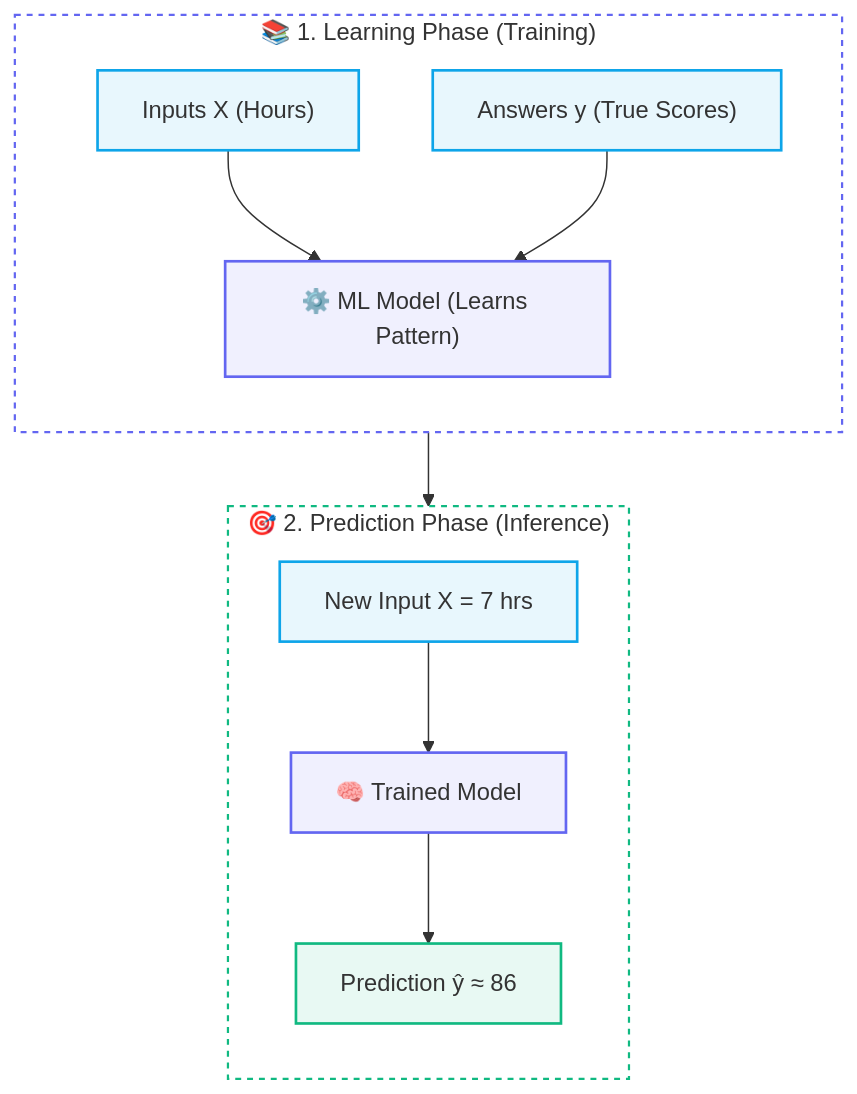
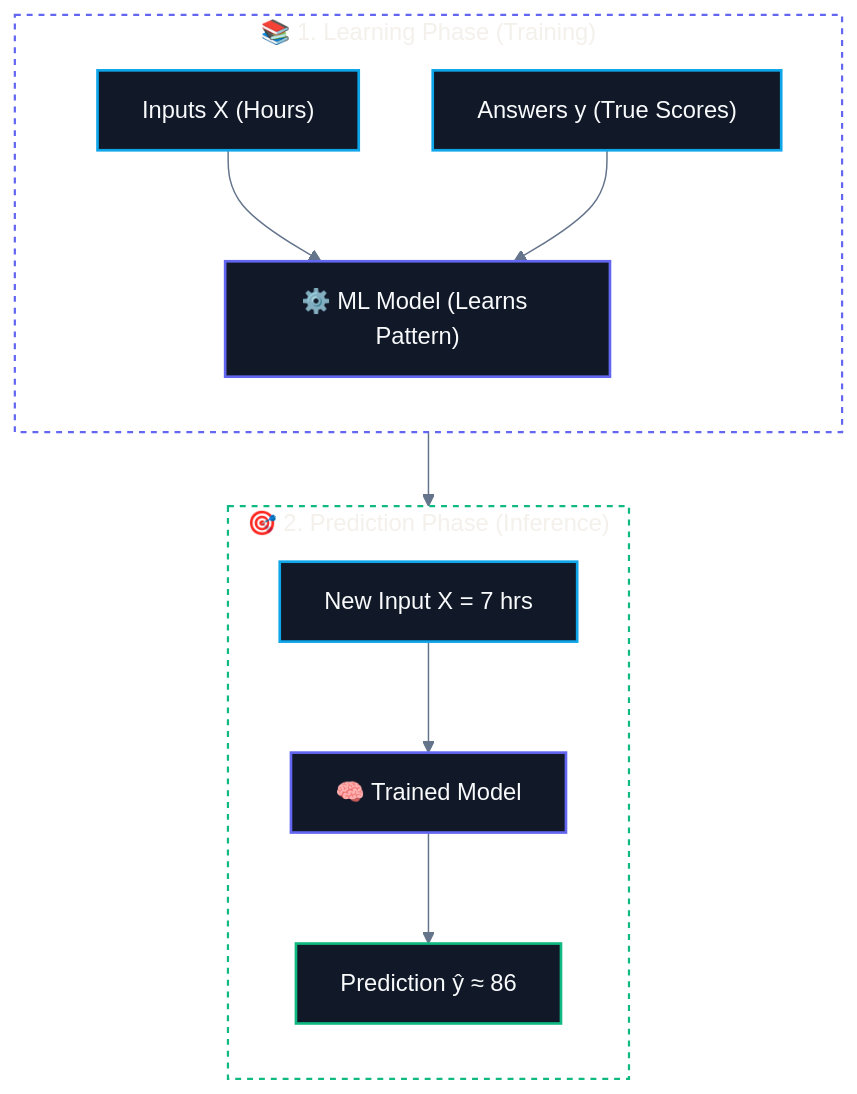
One commit to abhinavbharti2345/CS_Notes changed the first of 3 diagrams in CS/AI & ML/01. Classical ML/01. Introduction to Machine Learning.md. Above: the diagram before and after it, drawn with Mermaid. The commit also changed other lines of this file and 195 other files, not shown here.

````diff
--- a/CS/AI & ML/01. Classical ML/01. Introduction to Machine Learning.md
+++ b/CS/AI & ML/01. Classical ML/01. Introduction to Machine Learning.md
@@ -50,27 +50,28 @@
 ```mermaid
+%%{init: {'theme': 'base', 'themeVariables': { 'darkMode': true, 'background': '#0B0F14', 'mainBkg': '#111827', 'primaryColor': '#111827', 'primaryTextColor': '#F8FAFC', 'primaryBorderColor': '#38BDF8', 'lineColor': '#64748B', 'secondaryColor': '#0B0F14', 'tertiaryColor': '#0B0F14', 'clusterBkg': '#0B0F14', 'clusterBorder': '#38BDF8' }}}%%
 flowchart TD
     subgraph LearningPhase["📚 1. Learning Phase (Training)"]
         direction TD
         X["Inputs X (Hours)"] --> Model["⚙️ ML Model (Learns Pattern)"]
         Y["Answers y (True Scores)"] --> Model
     end
 
     subgraph PredictionPhase["🎯 2. Prediction Phase (Inference)"]
         direction TD
         XNew["New Input X = 7 hrs"] --> ModelTrained["🧠 Trained Model"]
         ModelTrained --> YHat["Prediction ŷ ≈ 86"]
     end
 
     LearningPhase --> PredictionPhase
 
     style LearningPhase fill:none,stroke:#6366f1,stroke-width:1.5px,stroke-dasharray:4 4
     style PredictionPhase fill:none,stroke:#10b981,stroke-width:1.5px,stroke-dasharray:4 4
 
-    classDef inNode fill:#0ea5e918,stroke:#0ea5e9,stroke-width:1.8px;
-    classDef modelNode fill:#6366f118,stroke:#6366f1,stroke-width:1.8px;
-    classDef outNode fill:#10b98118,stroke:#10b981,stroke-width:1.8px;
+    classDef inNode fill:#111827,stroke:#0ea5e9,stroke-width:1.8px,color:#F8FAFC;
+    classDef modelNode fill:#111827,stroke:#6366f1,stroke-width:1.8px,color:#F8FAFC;
+    classDef outNode fill:#111827,stroke:#10b981,stroke-width:1.8px,color:#F8FAFC;
 
     class X,Y,XNew inNode;
     class Model,ModelTrained modelNode;
     class YHat outNode;
 ```
````
